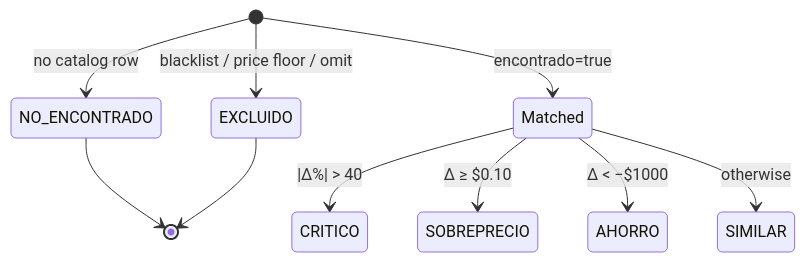
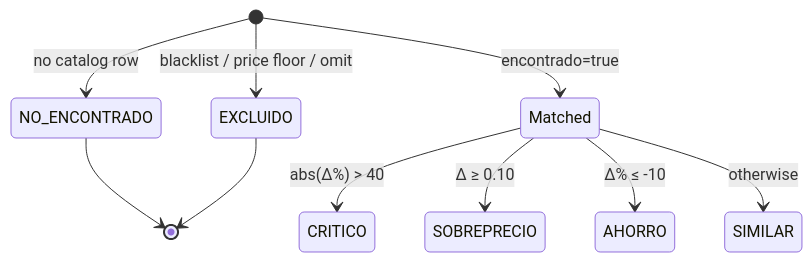
One commit to ivaoniria/axial-audit-demo changed the second of 3 diagrams in README.md. Above: the diagram before and after it, drawn with Mermaid. The commit also changed other lines of this file, not shown here.

````diff
--- a/README.md
+++ b/README.md
@@ -381,12 +402,12 @@
 ```mermaid
 stateDiagram-v2
   [*] --> EXCLUIDO: blacklist / price floor / omit
   [*] --> NO_ENCONTRADO: no catalog row
   NO_ENCONTRADO --> [*]
   EXCLUIDO --> [*]
   [*] --> Matched: encontrado=true
-  Matched --> CRITICO: |Δ%| > 40
-  Matched --> SOBREPRECIO: Δ ≥ $0.10
-  Matched --> AHORRO: Δ < −$1000
+  Matched --> CRITICO: abs(Δ%) > 40
+  Matched --> SOBREPRECIO: Δ ≥ 0.10
+  Matched --> AHORRO: Δ% ≤ -10
   Matched --> SIMILAR: otherwise
 ```
````
